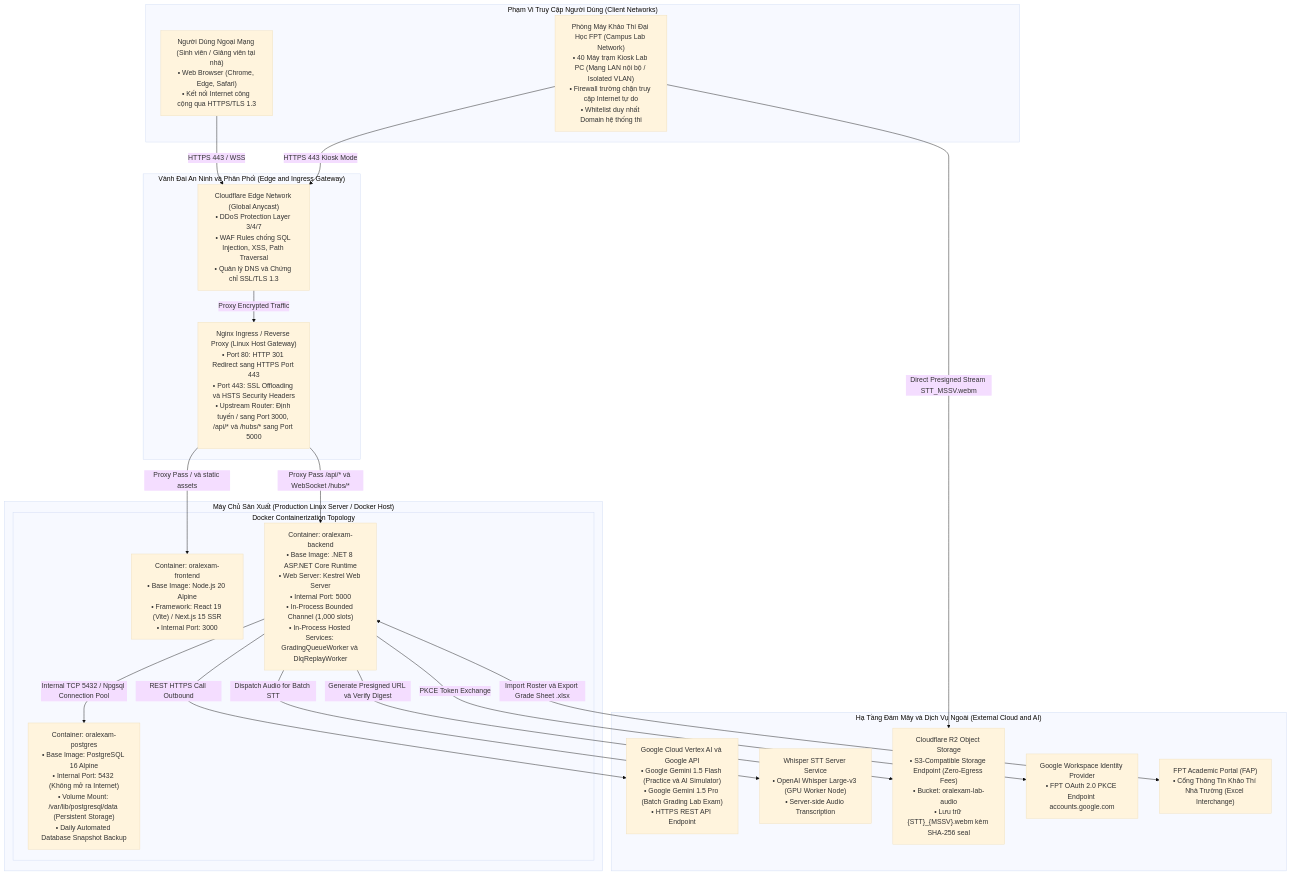
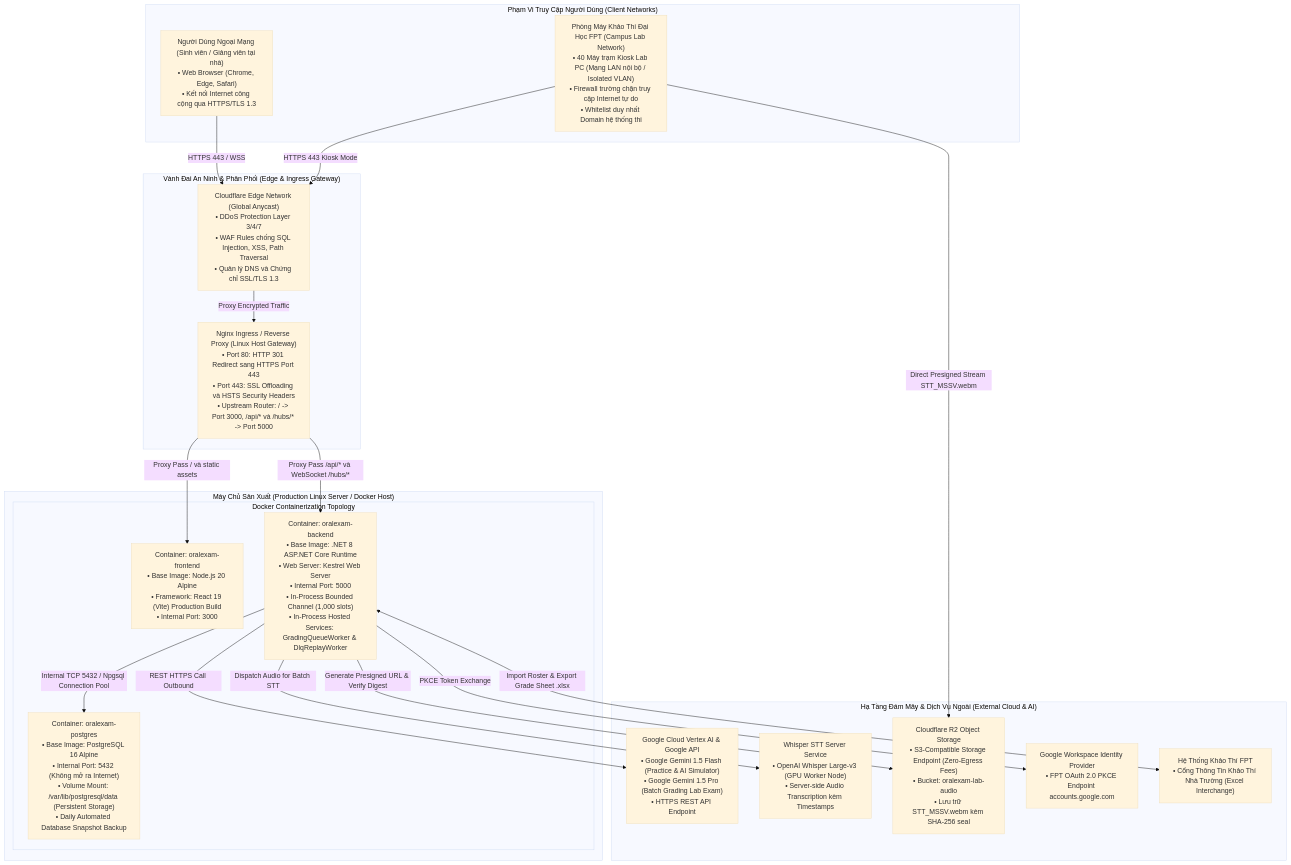
Before and after one commit to An-LLM-based-Oral-Examination/oral-exam-system: the fourth of 14 diagrams in docs/MASTER_ARCHITECTURE.md, drawn with Mermaid (base theme). The commit also changed other lines of this file and 210 other files, not shown here.

````diff
--- a/docs/MASTER_ARCHITECTURE.md
+++ b/docs/MASTER_ARCHITECTURE.md
@@ -286,46 +501,46 @@
 ```mermaid
 flowchart TD
     subgraph Client_Locations ["Phạm Vi Truy Cập Người Dùng (Client Networks)"]
         WAN_User["Người Dùng Ngoại Mạng (Sinh viên / Giảng viên tại nhà)<br>• Web Browser (Chrome, Edge, Safari)<br>• Kết nối Internet công cộng qua HTTPS/TLS 1.3"]
         Lab_Network["Phòng Máy Khảo Thí Đại Học FPT (Campus Lab Network)<br>• 40 Máy trạm Kiosk Lab PC (Mạng LAN nội bộ / Isolated VLAN)<br>• Firewall trường chặn truy cập Internet tự do<br>• Whitelist duy nhất Domain hệ thống thi"]
     end
 
-    subgraph Edge_Security ["Vành Đai An Ninh và Phân Phối (Edge and Ingress Gateway)"]
+    subgraph Edge_Security ["Vành Đai An Ninh & Phân Phối (Edge & Ingress Gateway)"]
         Cloudflare_Edge["Cloudflare Edge Network (Global Anycast)<br>• DDoS Protection Layer 3/4/7<br>• WAF Rules chống SQL Injection, XSS, Path Traversal<br>• Quản lý DNS và Chứng chỉ SSL/TLS 1.3"]
-        Reverse_Proxy["Nginx Ingress / Reverse Proxy (Linux Host Gateway)<br>• Port 80: HTTP 301 Redirect sang HTTPS Port 443<br>• Port 443: SSL Offloading và HSTS Security Headers<br>• Upstream Router: Định tuyến / sang Port 3000, /api/* và /hubs/* sang Port 5000"]
+        Reverse_Proxy["Nginx Ingress / Reverse Proxy (Linux Host Gateway)<br>• Port 80: HTTP 301 Redirect sang HTTPS Port 443<br>• Port 443: SSL Offloading và HSTS Security Headers<br>• Upstream Router: / -> Port 3000, /api/* và /hubs/* -> Port 5000"]
     end
 
     subgraph Production_Host ["Máy Chủ Sản Xuất (Production Linux Server / Docker Host)"]
         subgraph Docker_Engine ["Docker Containerization Topology"]
-            FE_Container["Container: oralexam-frontend<br>• Base Image: Node.js 20 Alpine<br>• Framework: React 19 (Vite) / Next.js 15 SSR<br>• Internal Port: 3000"]
-            BE_Container["Container: oralexam-backend<br>• Base Image: .NET 8 ASP.NET Core Runtime<br>• Web Server: Kestrel Web Server<br>• Internal Port: 5000<br>• In-Process Bounded Channel (1,000 slots)<br>• In-Process Hosted Services: GradingQueueWorker và DlqReplayWorker"]
+            FE_Container["Container: oralexam-frontend<br>• Base Image: Node.js 20 Alpine<br>• Framework: React 19 (Vite) Production Build<br>• Internal Port: 3000"]
+            BE_Container["Container: oralexam-backend<br>• Base Image: .NET 8 ASP.NET Core Runtime<br>• Web Server: Kestrel Web Server<br>• Internal Port: 5000<br>• In-Process Bounded Channel (1,000 slots)<br>• In-Process Hosted Services: GradingQueueWorker & DlqReplayWorker"]
             DB_Container["Container: oralexam-postgres<br>• Base Image: PostgreSQL 16 Alpine<br>• Internal Port: 5432 (Không mở ra Internet)<br>• Volume Mount: /var/lib/postgresql/data (Persistent Storage)<br>• Daily Automated Database Snapshot Backup"]
         end
     end
 
-    subgraph Cloud_Infrastructure ["Hạ Tầng Đám Mây và Dịch Vụ Ngoài (External Cloud and AI)"]
-        Google_AI["Google Cloud Vertex AI và Google API<br>• Google Gemini 1.5 Flash (Practice và AI Simulator)<br>• Google Gemini 1.5 Pro (Batch Grading Lab Exam)<br>• HTTPS REST API Endpoint"]
-        Whisper_Service["Whisper STT Server Service<br>• OpenAI Whisper Large-v3 (GPU Worker Node)<br>• Server-side Audio Transcription"]
-        Cloudflare_R2["Cloudflare R2 Object Storage<br>• S3-Compatible Storage Endpoint (Zero-Egress Fees)<br>• Bucket: oralexam-lab-audio<br>• Lưu trữ {STT}_{MSSV}.webm kèm SHA-256 seal"]
+    subgraph Cloud_Infrastructure ["Hạ Tầng Đám Mây & Dịch Vụ Ngoài (External Cloud & AI)"]
+        Google_AI["Google Cloud Vertex AI & Google API<br>• Google Gemini 1.5 Flash (Practice & AI Simulator)<br>• Google Gemini 1.5 Pro (Batch Grading Lab Exam)<br>• HTTPS REST API Endpoint"]
+        Whisper_Service["Whisper STT Server Service<br>• OpenAI Whisper Large-v3 (GPU Worker Node)<br>• Server-side Audio Transcription kèm Timestamps"]
+        Cloudflare_R2["Cloudflare R2 Object Storage<br>• S3-Compatible Storage Endpoint (Zero-Egress Fees)<br>• Bucket: oralexam-lab-audio<br>• Lưu trữ STT_MSSV.webm kèm SHA-256 seal"]
         Google_OAuth["Google Workspace Identity Provider<br>• FPT OAuth 2.0 PKCE Endpoint accounts.google.com"]
-        FAP_Interchange["FPT Academic Portal (FAP)<br>• Cổng Thông Tin Khảo Thí Nhà Trường (Excel Interchange)"]
+        FPT_Exam_Portal["Hệ Thống Khảo Thí FPT<br>• Cổng Thông Tin Khảo Thí Nhà Trường (Excel Interchange)"]
     end
 
     %% Network Routes
     WAN_User -->|HTTPS 443 / WSS| Cloudflare_Edge
     Lab_Network -->|HTTPS 443 Kiosk Mode| Cloudflare_Edge
     Cloudflare_Edge -->|Proxy Encrypted Traffic| Reverse_Proxy
 
     Reverse_Proxy -->|Proxy Pass / và static assets| FE_Container
     Reverse_Proxy -->|Proxy Pass /api/* và WebSocket /hubs/*| BE_Container
 
     BE_Container -->|Internal TCP 5432 / Npgsql Connection Pool| DB_Container
 
     %% Outbound Cloud Integrations
     BE_Container -->|REST HTTPS Call Outbound| Google_AI
     BE_Container -->|Dispatch Audio for Batch STT| Whisper_Service
-    BE_Container -->|Generate Presigned URL và Verify Digest| Cloudflare_R2
+    BE_Container -->|Generate Presigned URL & Verify Digest| Cloudflare_R2
     Lab_Network -->|Direct Presigned Stream STT_MSSV.webm| Cloudflare_R2
     BE_Container -->|PKCE Token Exchange| Google_OAuth
-    BE_Container <-->|Import Roster và Export Grade Sheet .xlsx| FAP_Interchange
+    BE_Container <-->|Import Roster & Export Grade Sheet .xlsx| FPT_Exam_Portal
 ```
````
